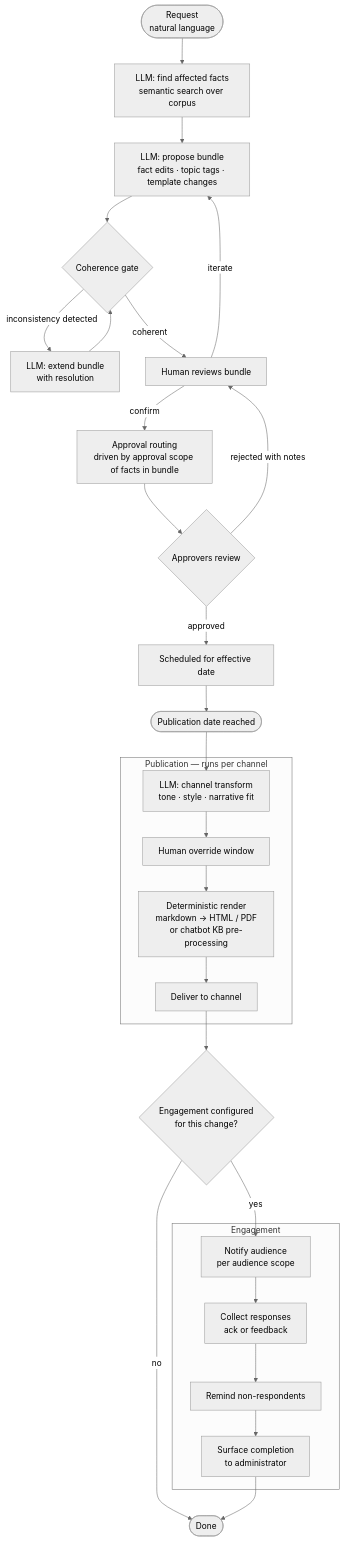
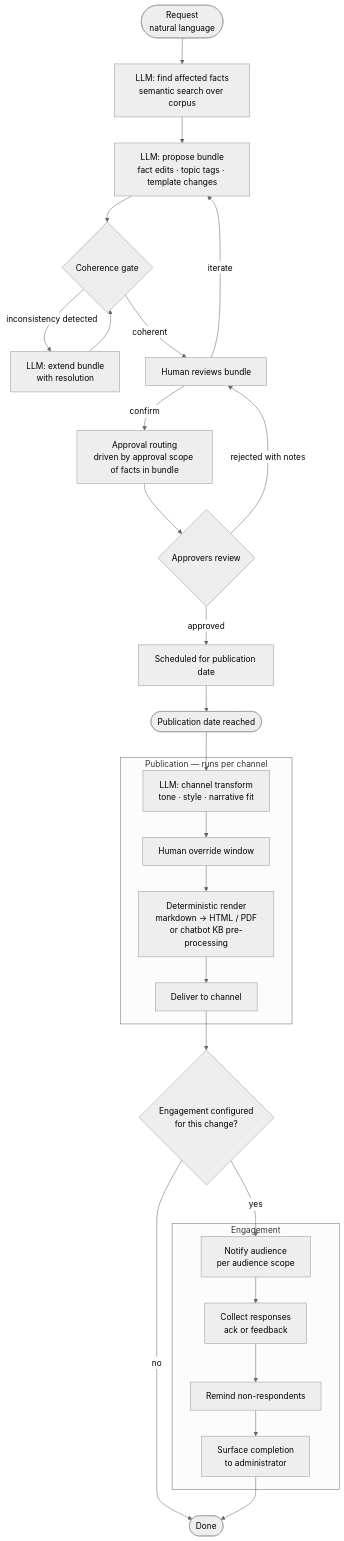
Before and after one commit to lorinc/FactSquid: the diagram in docs/workflow-change-loop.md, drawn with Mermaid (neutral theme). The commit also changed 1 other file, not shown here.

Commit message:
Sync data model and workflow diagram with system design updates
- data-model: add GROUP entity and FACT->GROUP relationship; update FACT notes with publication_date, status, group fields
- workflow: fix "effective date" -> "publication date" in scheduling step

````diff
--- a/docs/workflow-change-loop.md
+++ b/docs/workflow-change-loop.md
@@ -3,52 +3,52 @@
 ```mermaid
 flowchart TD
     A([Request\nnatural language]) --> B
 
     B[LLM: find affected facts\nsemantic search over corpus]
     B --> C
 
     C[LLM: propose bundle\nfact edits · topic tags · template changes]
     C --> D
 
     D{Coherence gate}
     D -- inconsistency detected --> E[LLM: extend bundle\nwith resolution]
     E --> D
     D -- coherent --> F
 
     F[Human reviews bundle]
     F -- iterate --> C
     F -- confirm --> G
 
     G[Approval routing\ndriven by approval scope of facts in bundle]
     G --> H
 
     H{Approvers review}
     H -- rejected with notes --> F
     H -- approved --> I
 
-    I[Scheduled for effective date]
+    I[Scheduled for publication date]
     I --> J
 
     J([Publication date reached])
     J --> K
 
     subgraph pub [Publication — runs per channel]
         K[LLM: channel transform\ntone · style · narrative fit]
         K --> L[Human override window]
         L --> M[Deterministic render\nmarkdown → HTML / PDF\nor chatbot KB pre-processing]
         M --> N[Deliver to channel]
     end
 
     N --> O{Engagement configured\nfor this change?}
     O -- no --> Z([Done])
     O -- yes --> P
 
     subgraph eng [Engagement]
         P[Notify audience\nper audience scope]
         P --> Q[Collect responses\nack or feedback]
         Q --> R[Remind non-respondents]
         R --> S[Surface completion\nto administrator]
     end
 
     S --> Z
 ```
````
